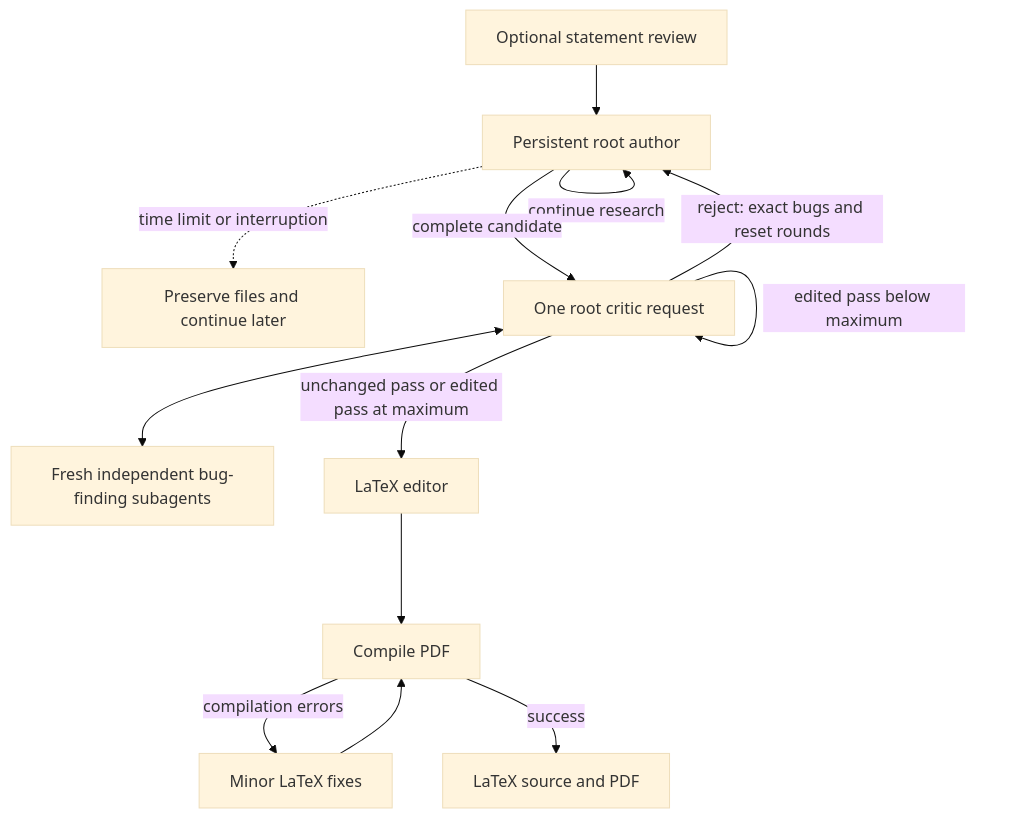
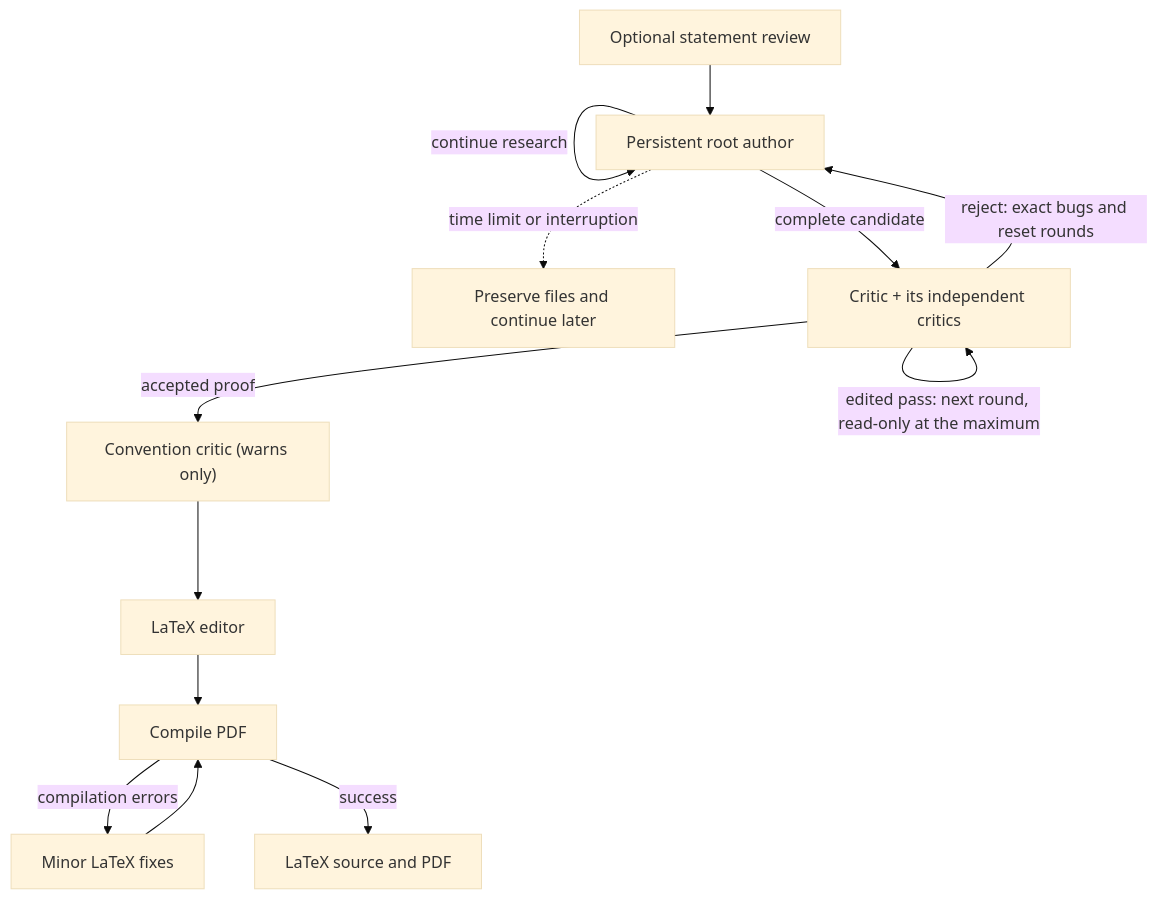
One commit to yonggangjiang/tcs-prover changed the diagram in README.md. Above: the diagram before and after it, drawn with Mermaid (base theme). The commit also changed other lines of this file and 133 other files, not shown here.

````diff
--- a/README.md
+++ b/README.md
@@ -723,15 +1380,15 @@
 ```mermaid
 flowchart TD
     S["Optional statement review"] --> A["Persistent root author"]
     A -- "continue research" --> A
-    A -- "complete candidate" --> C["One root critic request"]
-    C <--> B["Fresh independent bug-finding subagents"]
+    A -- "complete candidate" --> C["Critic + its independent critics"]
     C -- "reject: exact bugs and reset rounds" --> A
-    C -- "edited pass below maximum" --> C
-    C -- "unchanged pass or edited pass at maximum" --> L["LaTeX editor"]
+    C -- "edited pass: next round, read-only at the maximum" --> C
+    C -- "accepted proof" --> V["Convention critic (warns only)"]
+    V --> L["LaTeX editor"]
     L --> T["Compile PDF"]
     T -- "compilation errors" --> F["Minor LaTeX fixes"]
     F --> T
     T -- "success" --> O["LaTeX source and PDF"]
     A -. "time limit or interruption" .-> P["Preserve files and continue later"]
 ```
````
